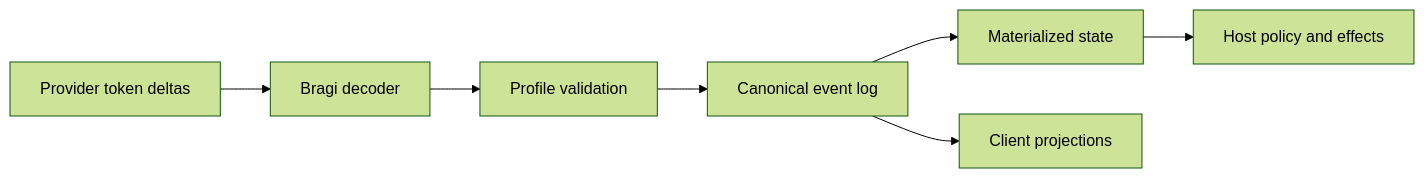
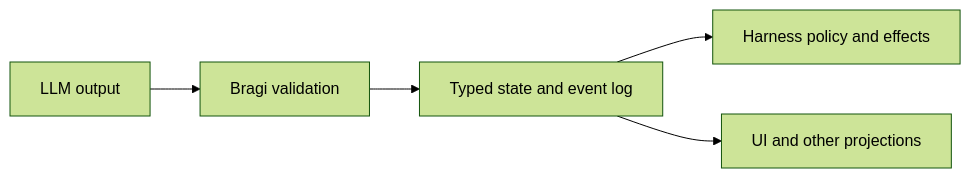
One commit to coadan/bragi changed the diagram in README.md. Above: the diagram before and after it, drawn with Mermaid (forest theme). The commit also changed other lines of this file, not shown here.

Commit message:
Simplify Bragi README story

````diff
--- a/README.md
+++ b/README.md
@@ -236,9 +121,7 @@
 ```mermaid
 flowchart LR
-    P[Provider token deltas] --> D[Bragi decoder]
-    D --> V[Profile validation]
-    V --> E[Canonical event log]
-    E --> M[Materialized state]
-    M --> H[Host policy and effects]
-    E --> C[Client projections]
+    M[LLM output] --> B[Bragi validation]
+    B --> S[Typed state and event log]
+    S --> H[Harness policy and effects]
+    S --> U[UI and other projections]
 ```
````
